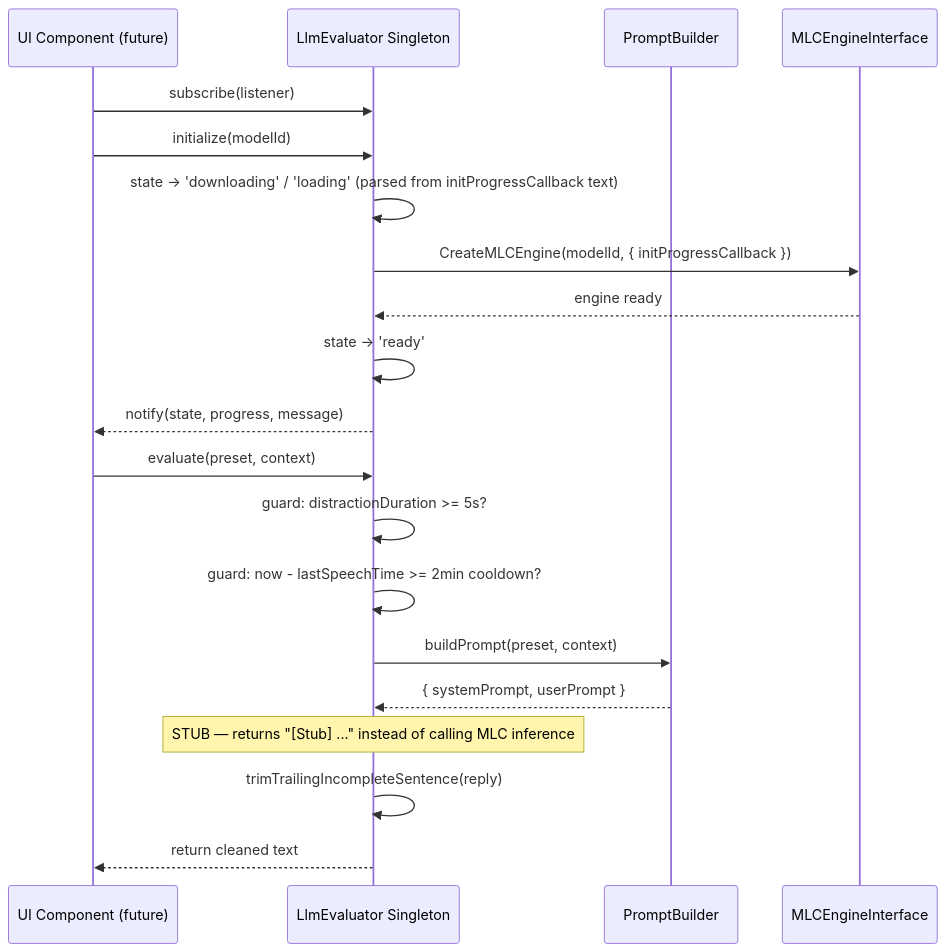
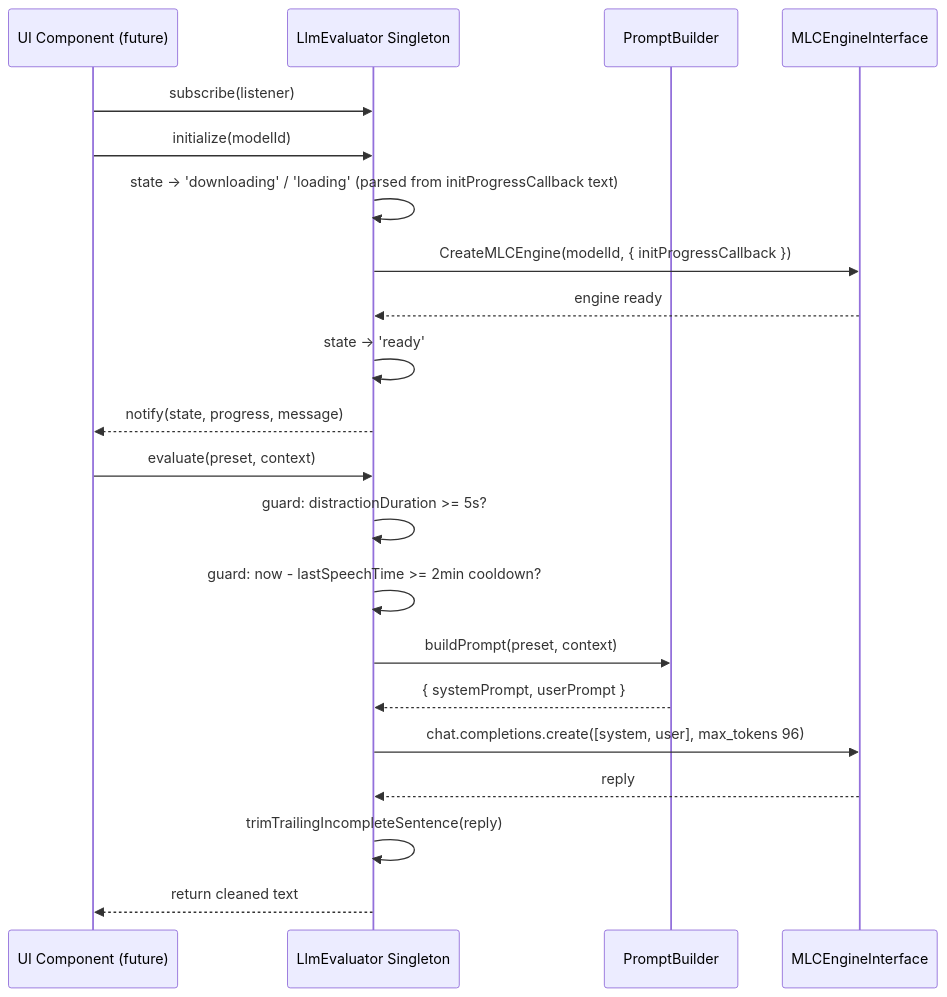
The second of 2 diagrams in src/renderer/services/llm/CONTEXT.md (Masterslayer7/FocusSentinel), drawn with Mermaid before and after one commit. The commit also changed other lines of this file and 7 other files, not shown here.

````diff
--- a/src/renderer/services/llm/CONTEXT.md
+++ b/src/renderer/services/llm/CONTEXT.md
@@ -37,24 +39,25 @@
 ```mermaid
 sequenceDiagram
     participant UI as UI Component (future)
     participant LE as LlmEvaluator Singleton
     participant PB as PromptBuilder
     participant MLC as MLCEngineInterface
 
     UI->>LE: subscribe(listener)
     UI->>LE: initialize(modelId)
     LE->>LE: state -> 'downloading' / 'loading' (parsed from initProgressCallback text)
     LE->>MLC: CreateMLCEngine(modelId, { initProgressCallback })
     MLC-->>LE: engine ready
     LE->>LE: state -> 'ready'
     LE-->>UI: notify(state, progress, message)
 
     UI->>LE: evaluate(preset, context)
     LE->>LE: guard: distractionDuration >= 5s?
     LE->>LE: guard: now - lastSpeechTime >= 2min cooldown?
     LE->>PB: buildPrompt(preset, context)
     PB-->>LE: { systemPrompt, userPrompt }
-    Note over LE: STUB — returns "[Stub] ..." instead of calling MLC inference
+    LE->>MLC: chat.completions.create([system, user], max_tokens 96)
+    MLC-->>LE: reply
     LE->>LE: trimTrailingIncompleteSentence(reply)
     LE-->>UI: return cleaned text
 ```
````
